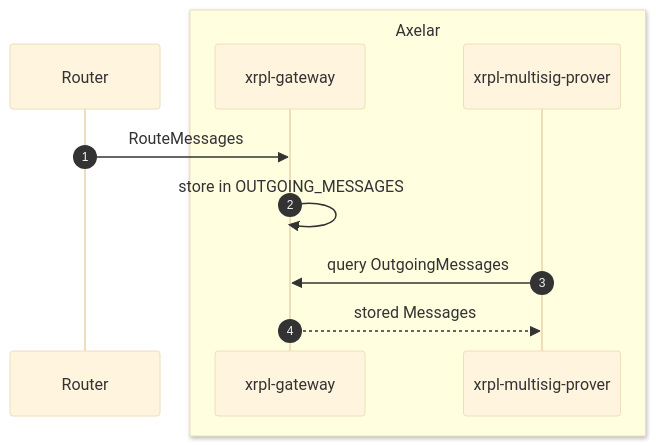
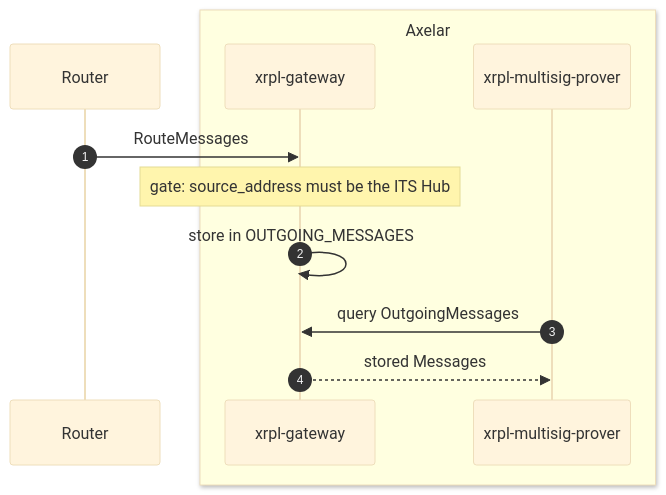
One commit to axelarnetwork/axelar-amplifier-xrpl changed the second of 2 diagrams in doc/src/contracts/xrpl_gateway.md. Above: the diagram before and after it, drawn with Mermaid (base theme). The commit also changed other lines of this file and 6 other files, not shown here.

````diff
--- a/doc/src/contracts/xrpl_gateway.md
+++ b/doc/src/contracts/xrpl_gateway.md
@@ -194,14 +171,15 @@
 ```mermaid
 sequenceDiagram
 autonumber
 participant Router
 box LightYellow Axelar
 participant XGW as xrpl-gateway
 participant XMP as xrpl-multisig-prover
 end
 
 Router->>XGW: RouteMessages
+Note over XGW: gate: source_address must be the ITS Hub
 XGW->>XGW: store in OUTGOING_MESSAGES
 XMP->>XGW: query OutgoingMessages
 XGW-->>XMP: stored Messages
 ```
````
